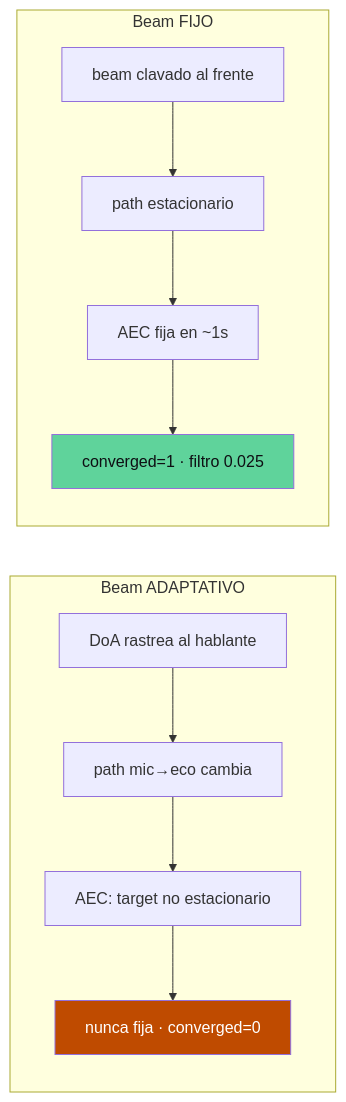
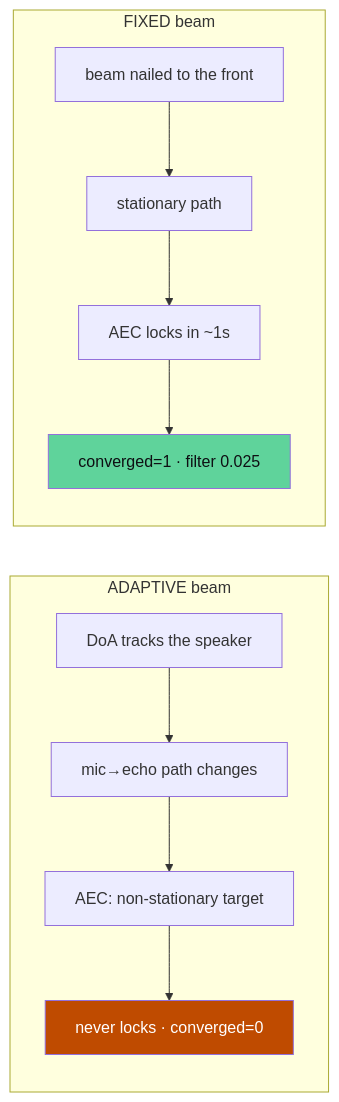
Before and after one commit to Zetesis-Labs/Sebastian: the third of 4 diagrams in blog-1-aec-full-duplex.md, drawn with Mermaid. The commit also changed other lines of this file and 31 other files, not shown here.

````diff
--- a/blog-1-aec-full-duplex.md
+++ b/blog-1-aec-full-duplex.md
@@ -140,15 +140,15 @@
 ```mermaid
 flowchart LR
-    subgraph adaptativo["Beam ADAPTATIVO"]
-        A1[DoA rastrea al hablante] --> A2[path mic→eco cambia]
-        A2 --> A3[AEC: target no estacionario]
-        A3 --> A4[nunca fija · converged=0]
+    subgraph adaptativo["ADAPTIVE beam"]
+        A1[DoA tracks the speaker] --> A2[mic→echo path changes]
+        A2 --> A3[AEC: non-stationary target]
+        A3 --> A4[never locks · converged=0]
     end
-    subgraph fijo["Beam FIJO"]
-        F1[beam clavado al frente] --> F2[path estacionario]
-        F2 --> F3[AEC fija en ~1s]
-        F3 --> F4[converged=1 · filtro 0.025]
+    subgraph fijo["FIXED beam"]
+        F1[beam nailed to the front] --> F2[stationary path]
+        F2 --> F3[AEC locks in ~1s]
+        F3 --> F4[converged=1 · filter 0.025]
     end
     style A4 fill:#bf4b00,color:#fff
     style F4 fill:#5fd39b,color:#0e0f13
 ```
````
